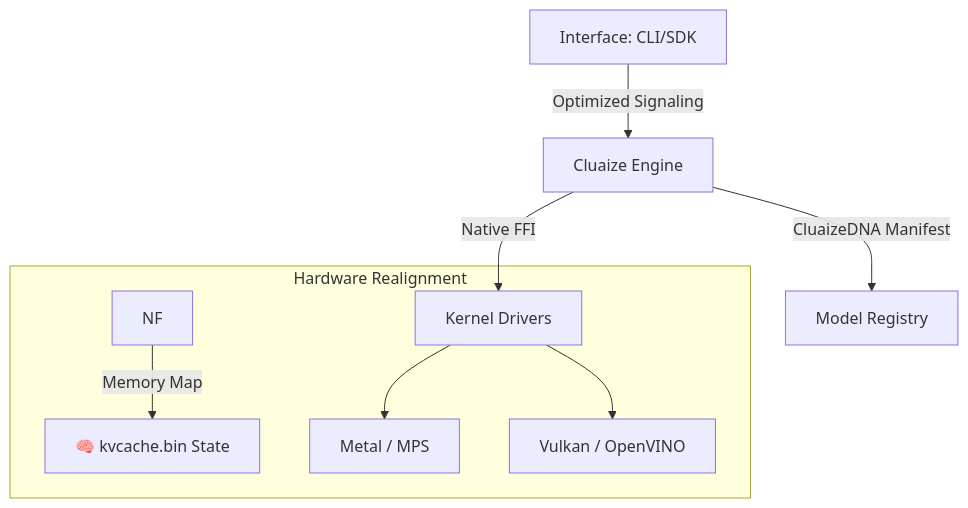
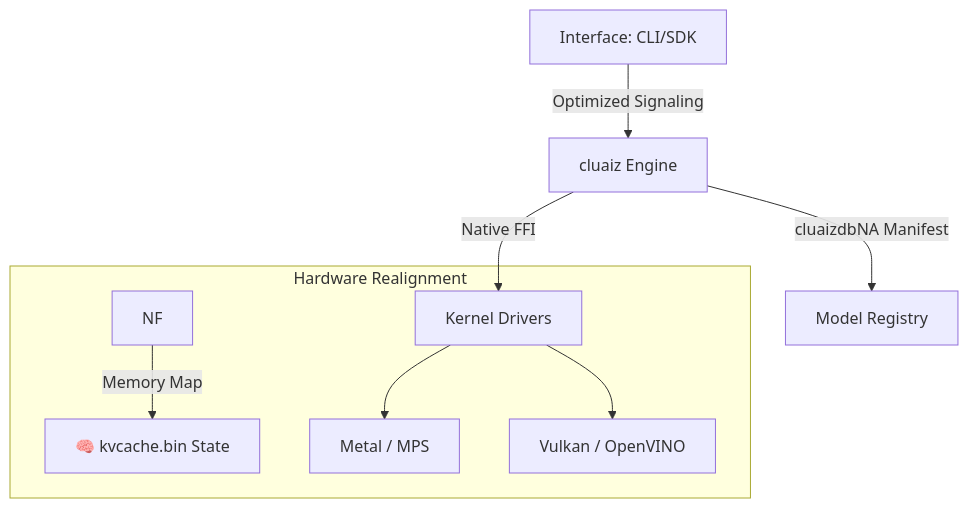
One commit to ayan-kushwaha/Cluaiz- changed the diagram in README.md. Above: the diagram before and after it, drawn with Mermaid. The commit also changed other lines of this file and 441 other files, not shown here.

Commit message:
Refactor core orchestrator architecture and migrate FFI bindings to plugin system

````diff
--- a/README.md
+++ b/README.md
@@ -113,12 +115,12 @@
 ```mermaid
 graph TD
-    A[Interface: CLI/SDK] -- "Optimized Signaling" --> B["Cluaize Engine"]
-    B -- "CluaizeDNA Manifest" --> C[Model Registry]
+    A[Interface: CLI/SDK] -- "Optimized Signaling" --> B["cluaiz Engine"]
+    B -- "cluaizdbNA Manifest" --> C[Model Registry]
     B -- "Native FFI" --> D[Kernel Drivers]
     
     subgraph "Hardware Realignment"
         NF -->|Memory Map| S["🧠 kvcache.bin State"]
         D --> D2[Metal / MPS]
         D --> D3[Vulkan / OpenVINO]
     end
 ```
````
